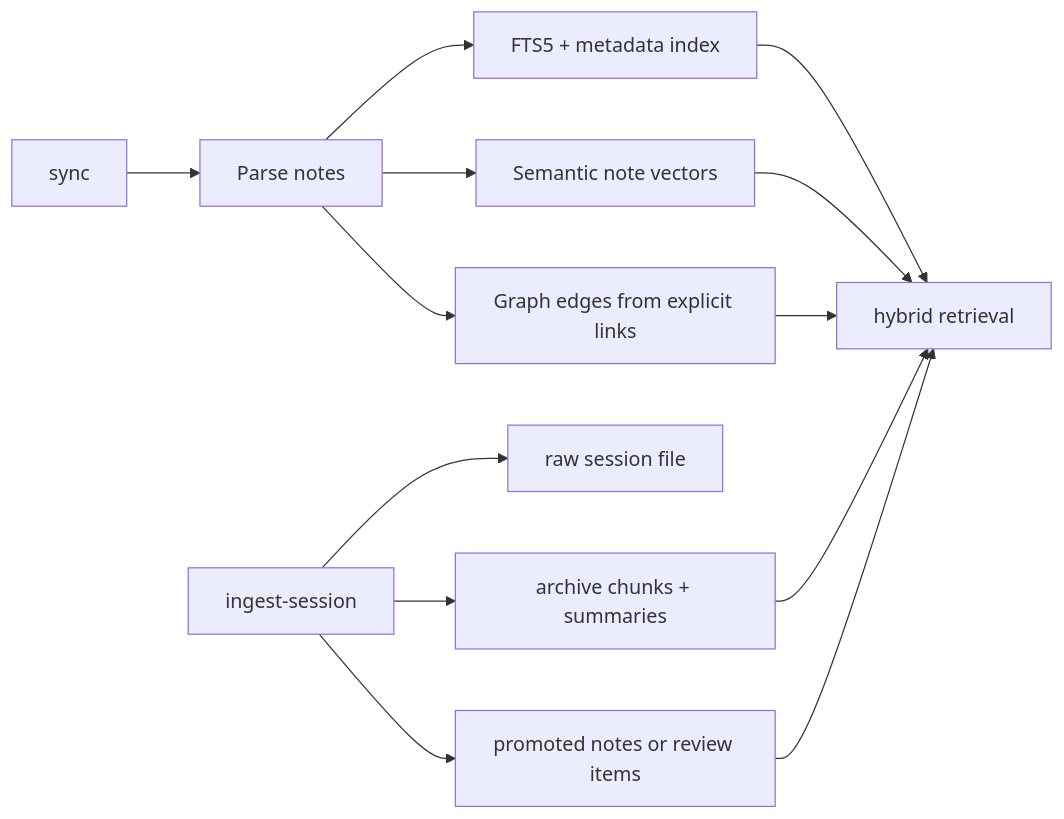
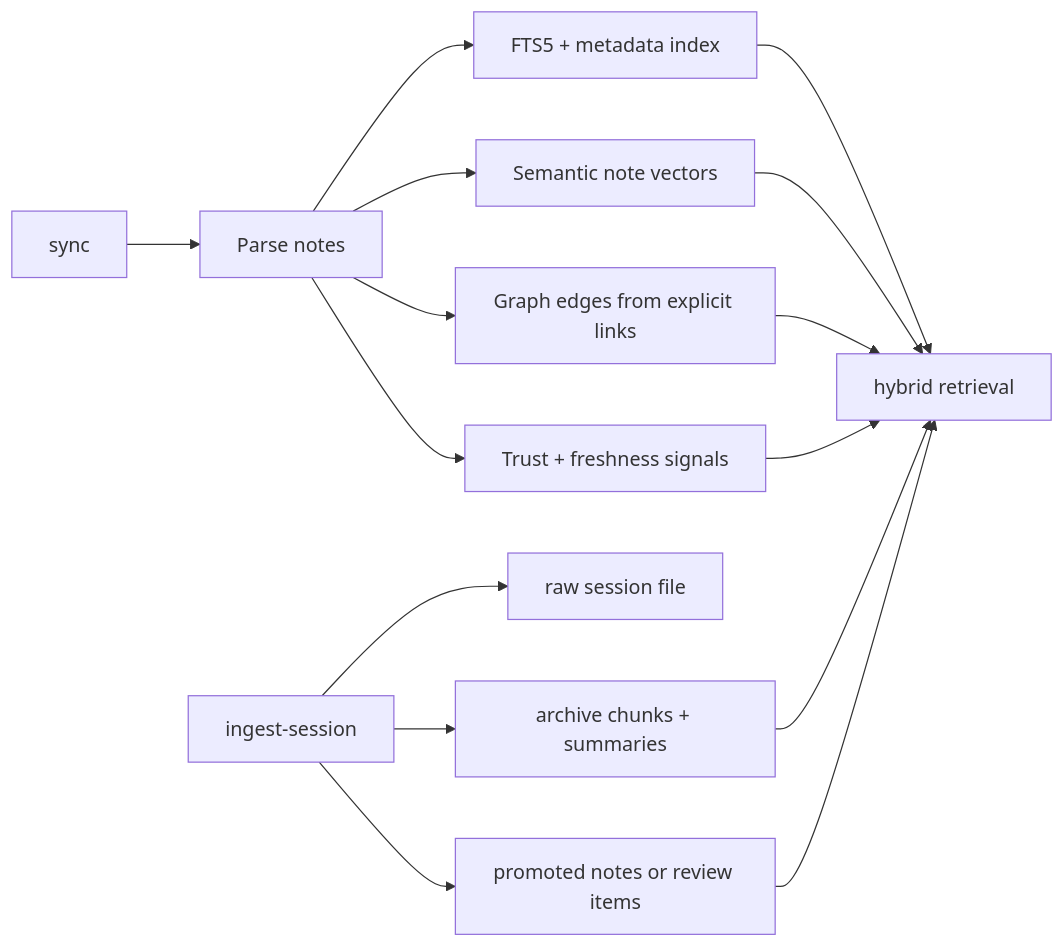
One commit to Jianyu010/MnemonicOS changed the fourth of 9 diagrams in README.md. Above: the diagram before and after it, drawn with Mermaid. The commit also changed other lines of this file and 12 other files, not shown here.

Commit message:
feat: add phase 4 trust and freshness

````diff
--- a/README.md
+++ b/README.md
@@ -55,15 +57,17 @@
 ```mermaid
 flowchart LR
     A["sync"] --> B["Parse notes"]
     B --> C["FTS5 + metadata index"]
     B --> D["Semantic note vectors"]
     B --> J["Graph edges from explicit links"]
+    B --> K["Trust + freshness signals"]
     E["ingest-session"] --> F["raw session file"]
     E --> G["archive chunks + summaries"]
     E --> H["promoted notes or review items"]
     C --> I["hybrid retrieval"]
     D --> I
     J --> I
+    K --> I
     G --> I
     H --> I
 ```
````
